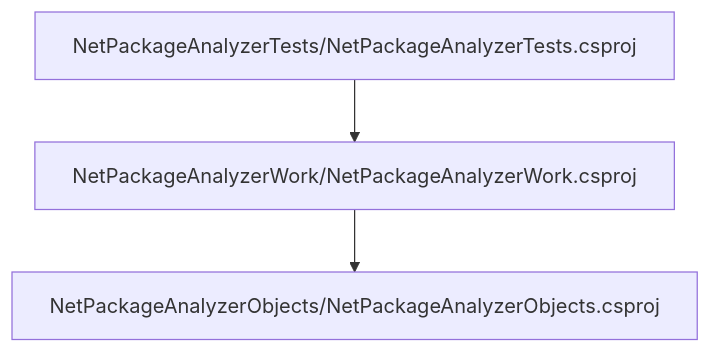
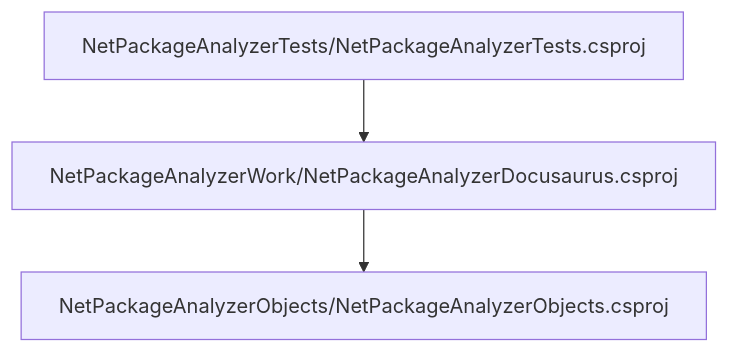
The third of 3 diagrams in src/documentation/docs/Analysis/NetPackageAnalyzer/Projects/NetPackageAnalyzerTests/ProjectReferences.md (ignatandrei/PackageAnalyzer), drawn with Mermaid before and after one commit. The commit also changed other lines of this file and 172 other files, not shown here.

````diff
--- a/src/documentation/docs/Analysis/NetPackageAnalyzer/Projects/NetPackageAnalyzerTests/ProjectReferences.md
+++ b/src/documentation/docs/Analysis/NetPackageAnalyzer/Projects/NetPackageAnalyzerTests/ProjectReferences.md
@@ -47,26 +47,26 @@
 ```mermaid
 graph TB
 
 NetPackageAnalyzerTests[NetPackageAnalyzerTests/NetPackageAnalyzerTests.csproj]
 click NetPackageAnalyzerTests "pathname:///docs/Analysis/NetPackageAnalyzer/Projects/NetPackageAnalyzerTests/ProjectReferences" "NetPackageAnalyzerTests/NetPackageAnalyzerTests.csproj"
 
 
-NetPackageAnalyzerWork[NetPackageAnalyzerWork/NetPackageAnalyzerWork.csproj]
+NetPackageAnalyzerDocusaurus[NetPackageAnalyzerWork/NetPackageAnalyzerDocusaurus.csproj]
 
 %% find a way to interpret first the path
-%% click NetPackageAnalyzerWork "pathname:///docs/Analysis/NetPackageAnalyzer/Projects/NetPackageAnalyzerWork/ProjectReferences" "NetPackageAnalyzerWork/NetPackageAnalyzerWork.csproj"
+%% click NetPackageAnalyzerDocusaurus "pathname:///docs/Analysis/NetPackageAnalyzer/Projects/NetPackageAnalyzerDocusaurus/ProjectReferences" "NetPackageAnalyzerWork/NetPackageAnalyzerDocusaurus.csproj"
 
 
-NetPackageAnalyzerTests-->NetPackageAnalyzerWork
+NetPackageAnalyzerTests-->NetPackageAnalyzerDocusaurus
 
 
 NetPackageAnalyzerObjects[NetPackageAnalyzerObjects/NetPackageAnalyzerObjects.csproj]
 
 %% find a way to interpret first the path
 %% click NetPackageAnalyzerObjects "pathname:///docs/Analysis/NetPackageAnalyzer/Projects/NetPackageAnalyzerObjects/ProjectReferences" "NetPackageAnalyzerObjects/NetPackageAnalyzerObjects.csproj"
 
 
-NetPackageAnalyzerWork-->NetPackageAnalyzerObjects
+NetPackageAnalyzerDocusaurus-->NetPackageAnalyzerObjects
 
 
 ```
````
